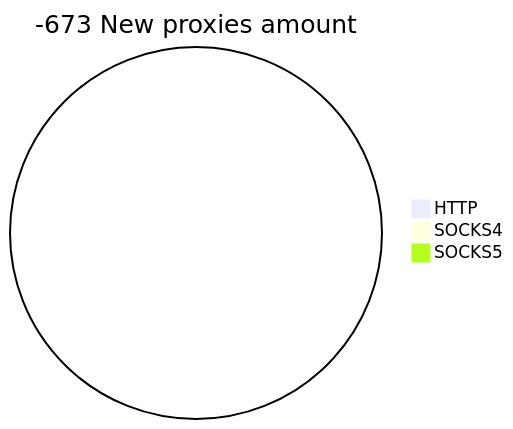
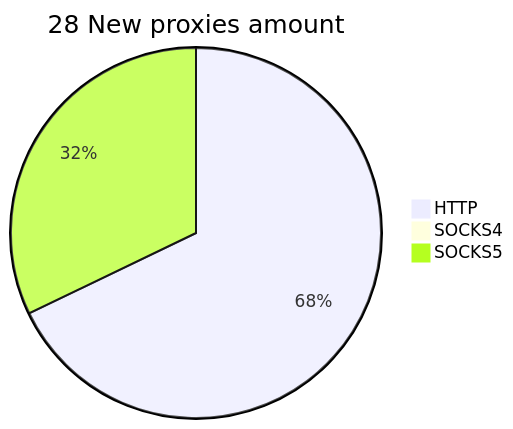
Before and after one commit to cutipu/proxylist: the second of 2 diagrams in README.md, drawn with Mermaid. The commit also changed other lines of this file, not shown here.

````diff
--- a/README.md
+++ b/README.md
@@ -10,6 +10,6 @@
 ```mermaid
-pie title -673 New proxies amount
-    "HTTP" : 0
+pie title 28 New proxies amount
+    "HTTP" : 19
     "SOCKS4" : 0
-    "SOCKS5" : 0
+    "SOCKS5" : 9
 ```
````
